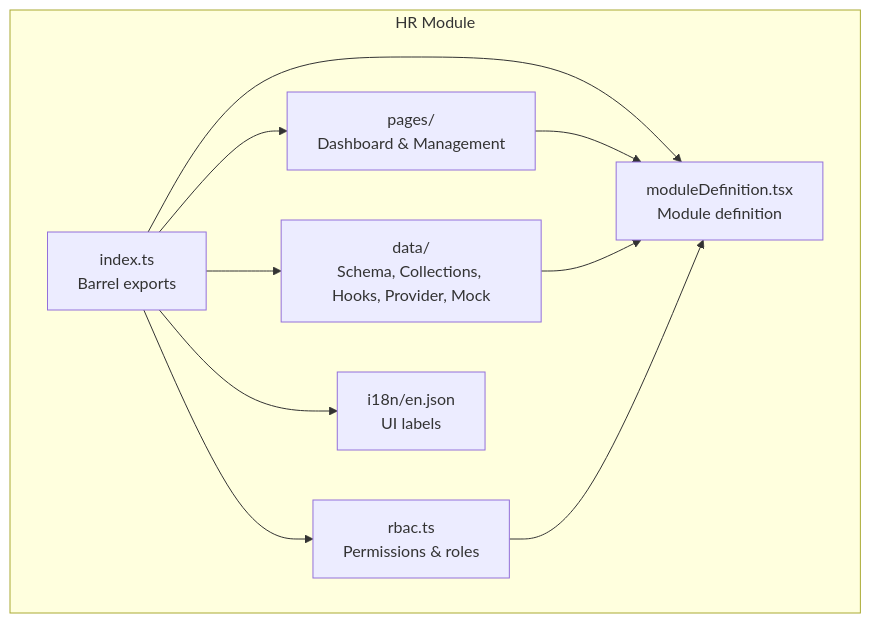
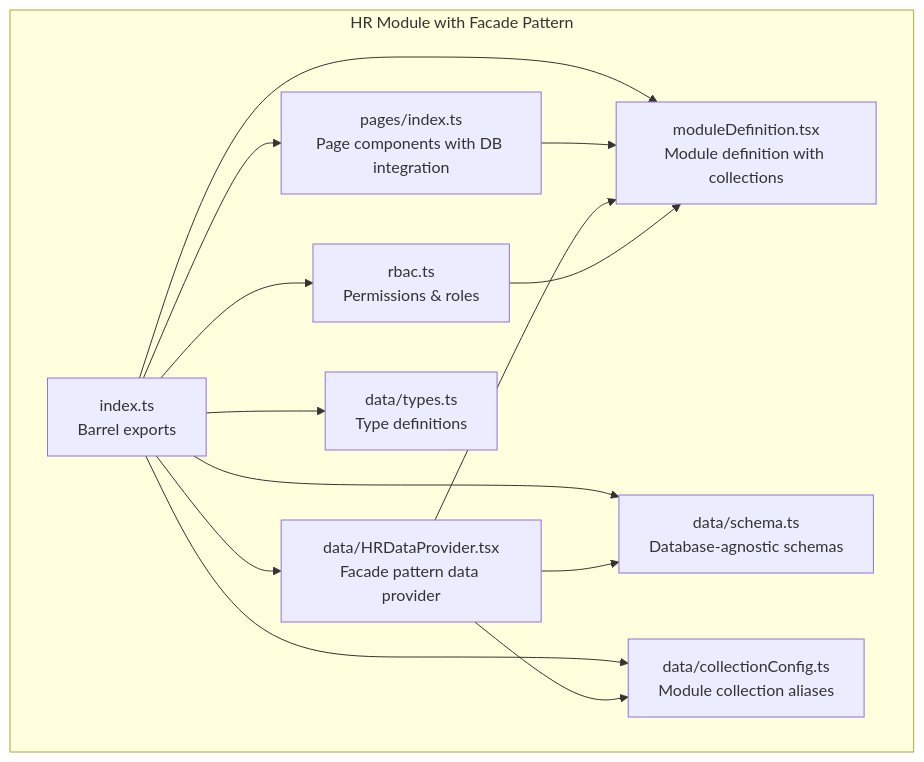
The first of 11 diagrams in .qoder/repowiki/en/content/Modules System/HR Module.md (geniusdynamics/schoolpilot), drawn with Mermaid before and after one commit. The commit also changed other lines of this file and 16 other files, not shown here.

````diff
--- a/.qoder/repowiki/en/content/Modules System/HR Module.md
+++ b/.qoder/repowiki/en/content/Modules System/HR Module.md
@@ -40,19 +56,25 @@
 ```mermaid
 graph TB
-subgraph "HR Module"
+subgraph "HR Module with Facade Pattern"
 IDX["index.ts<br/>Barrel exports"]
-MOD["moduleDefinition.tsx<br/>Module definition"]
+MOD["moduleDefinition.tsx<br/>Module definition with collections"]
 RBAC["rbac.ts<br/>Permissions & roles"]
-PAGES["pages/<br/>Dashboard & Management"]
-DATA["data/<br/>Schema, Collections, Hooks, Provider, Mock"]
-I18N["i18n/en.json<br/>UI labels"]
+SCHEMA["data/schema.ts<br/>Database-agnostic schemas"]
+CONFIG["data/collectionConfig.ts<br/>Module collection aliases"]
+DATA["data/HRDataProvider.tsx<br/>Facade pattern data provider"]
+PAGES["pages/index.ts<br/>Page components with DB integration"]
+TYPES["data/types.ts<br/>Type definitions"]
 end
 IDX --> MOD
 IDX --> RBAC
+IDX --> SCHEMA
+IDX --> CONFIG
 IDX --> DATA
 IDX --> PAGES
-IDX --> I18N
+IDX --> TYPES
 PAGES --> MOD
 DATA --> MOD
+DATA --> SCHEMA
+DATA --> CONFIG
 RBAC --> MOD
 ```
````
